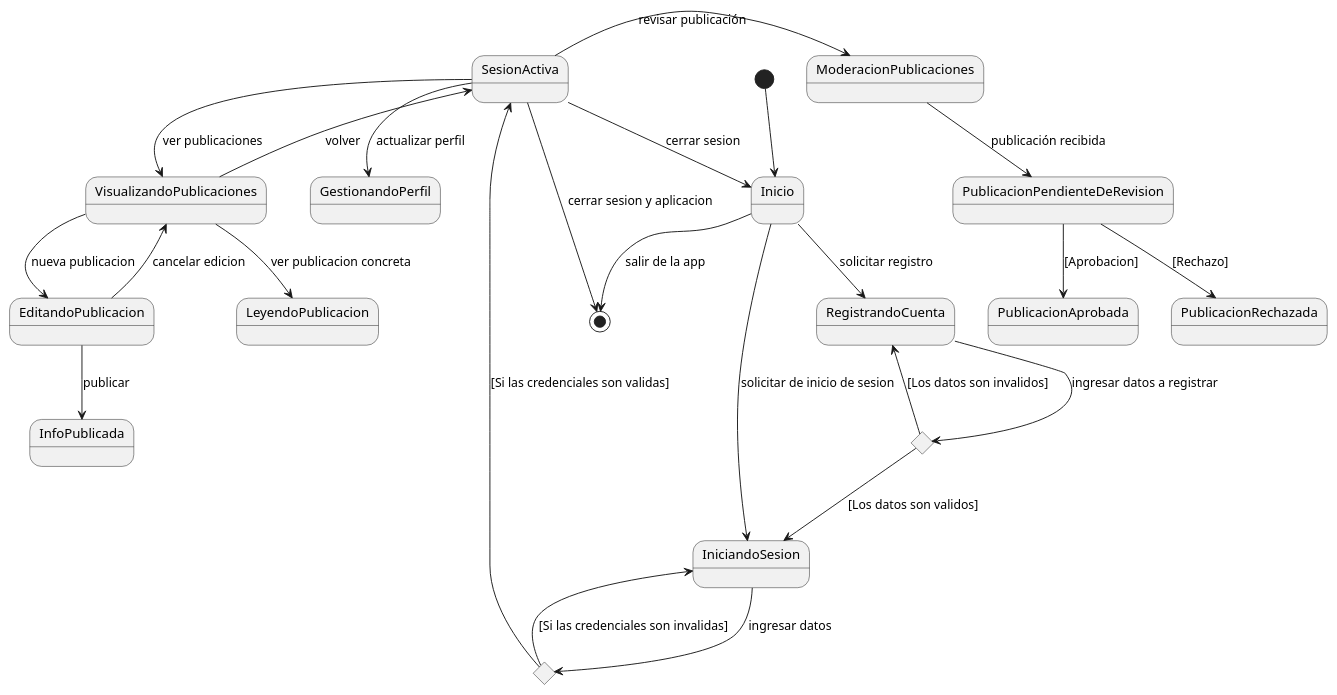
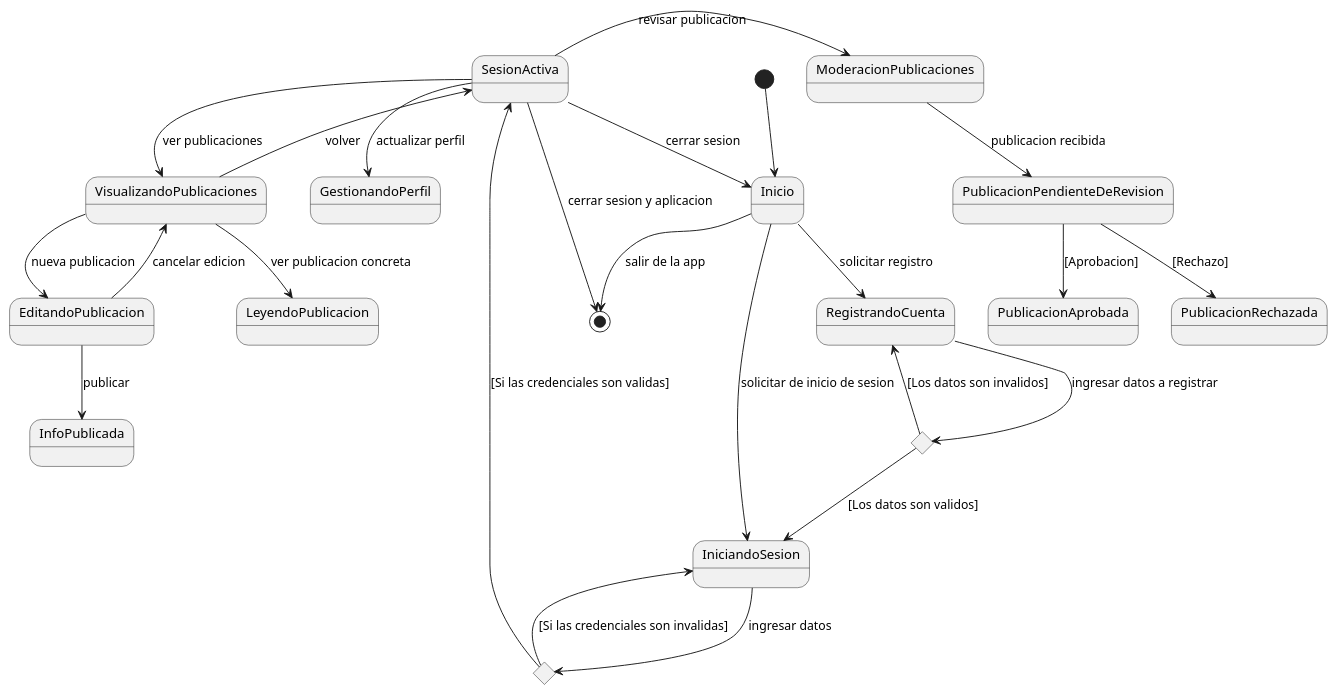
One commit to Jals7/Campus-Virtual-Ciencias changed the diagram in docs/scenariosView/ModeloDeDominioDiagramaDeEstado.plantuml. Above: the diagram before and after it, drawn with PlantUML.

Commit message:
Reparando archivo

```diff
--- a/docs/scenariosView/ModeloDeDominioDiagramaDeEstado.plantuml
+++ b/docs/scenariosView/ModeloDeDominioDiagramaDeEstado.plantuml
@@ -1,38 +1,38 @@
 @startuml Diagrama de estado
 
 [*] --> Inicio
  Inicio--> IniciandoSesion : solicitar de inicio de sesion
  Inicio --> RegistrandoCuenta: solicitar registro
 
 state a <<choice>> 
 
 IniciandoSesion --> a : ingresar datos
 
 a--> SesionActiva : [Si las credenciales son validas]
 a--> IniciandoSesion : [Si las credenciales son invalidas]
 
 state b <<choice>>
 
 RegistrandoCuenta --> b : ingresar datos a registrar
  
 b--> IniciandoSesion : [Los datos son validos]
 b-->RegistrandoCuenta : [Los datos son invalidos]
 
 SesionActiva --> Inicio : cerrar sesion
 
 Inicio --> [*] : salir de la app
 
 SesionActiva --> [*] : cerrar sesion y aplicacion
 SesionActiva --> VisualizandoPublicaciones : ver publicaciones
 VisualizandoPublicaciones --> SesionActiva : volver
 VisualizandoPublicaciones --> EditandoPublicacion : nueva publicacion
 EditandoPublicacion --> InfoPublicada : publicar
 VisualizandoPublicaciones --> LeyendoPublicacion : ver publicacion concreta
 EditandoPublicacion --> VisualizandoPublicaciones : cancelar edicion
 SesionActiva --> GestionandoPerfil : actualizar perfil
-SesionActiva -> ModeracionPublicaciones: revisar publicación
-ModeracionPublicaciones --> PublicacionPendienteDeRevision: publicación recibida
+SesionActiva -> ModeracionPublicaciones: revisar publicacion
+ModeracionPublicaciones --> PublicacionPendienteDeRevision: publicacion recibida
 PublicacionPendienteDeRevision --> PublicacionAprobada: [Aprobacion]
 PublicacionPendienteDeRevision --> PublicacionRechazada: [Rechazo]
 
 @enduml
```
